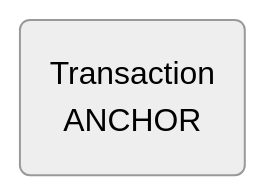
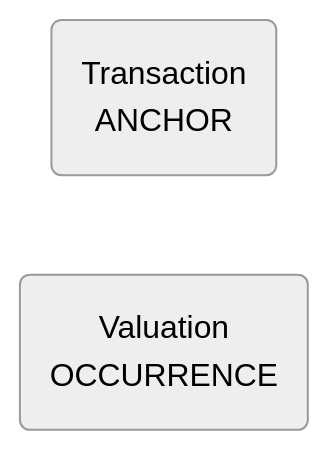
The fifth of 5 diagrams in docs/data-models/private-equity/private-equity-data-design-document.md (M-A-Operating-System/shared-work), drawn with Mermaid (neutral theme) before and after one commit. The commit also changed other lines of this file and 13 other files, not shown here.

````diff
--- a/docs/data-models/private-equity/private-equity-data-design-document.md
+++ b/docs/data-models/private-equity/private-equity-data-design-document.md
@@ -1103,4 +1119,5 @@
 ```mermaid
 flowchart LR
   SBJ008("Transaction<br>ANCHOR")
+  SBJ009("Valuation<br>OCCURRENCE")
 ```
````
